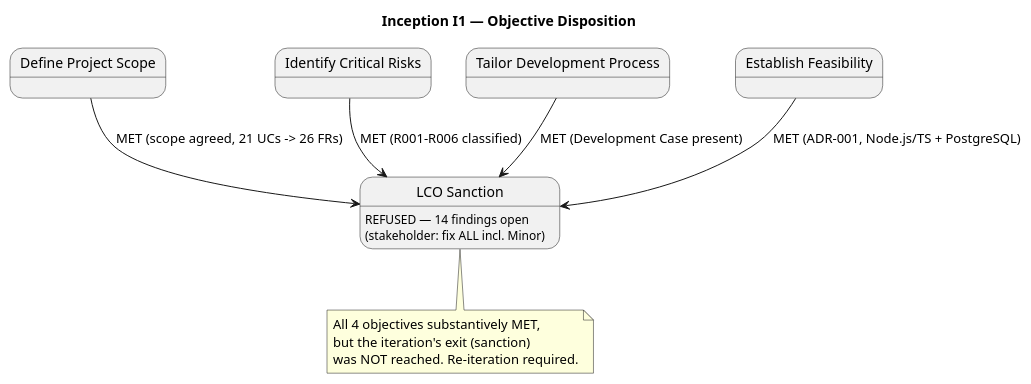
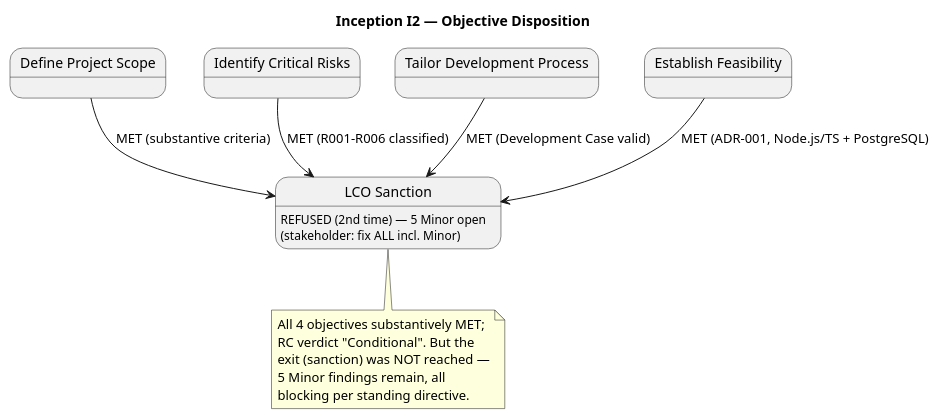
One commit to banense-test/trademe changed the first of 2 diagrams in docs/artifacts/project-management/iteration-assessment.md. Above: the diagram before and after it, drawn with PlantUML. The commit also changed other lines of this file, not shown here.

First line of the commit message:
Project Manager [I2]: upsert Iteration Assessment

````diff
--- a/docs/artifacts/project-management/iteration-assessment.md
+++ b/docs/artifacts/project-management/iteration-assessment.md
@@ -23,24 +23,26 @@
 ```plantuml
 @startuml
-title Inception I1 — Objective Disposition
+title Inception I2 — Objective Disposition
 
 state "Define Project Scope" as O1
 state "Identify Critical Risks" as O2
 state "Tailor Development Process" as O3
 state "Establish Feasibility" as O4
 state "LCO Sanction" as LCO
 
-O1 --> LCO : MET (scope agreed, 21 UCs -> 26 FRs)
+O1 --> LCO : MET (substantive criteria)
 O2 --> LCO : MET (R001-R006 classified)
-O3 --> LCO : MET (Development Case present)
+O3 --> LCO : MET (Development Case valid)
 O4 --> LCO : MET (ADR-001, Node.js/TS + PostgreSQL)
 
-LCO : REFUSED — 14 findings open\n(stakeholder: fix ALL incl. Minor)
+LCO : REFUSED (2nd time) — 5 Minor open\n(stakeholder: fix ALL incl. Minor)
 
 note bottom of LCO
-  All 4 objectives substantively MET,
-  but the iteration's exit (sanction)
-  was NOT reached. Re-iteration required.
+  All 4 objectives substantively MET;
+  RC verdict "Conditional". But the
+  exit (sanction) was NOT reached —
+  5 Minor findings remain, all
+  blocking per standing directive.
 end note
 @enduml
 ```
````
